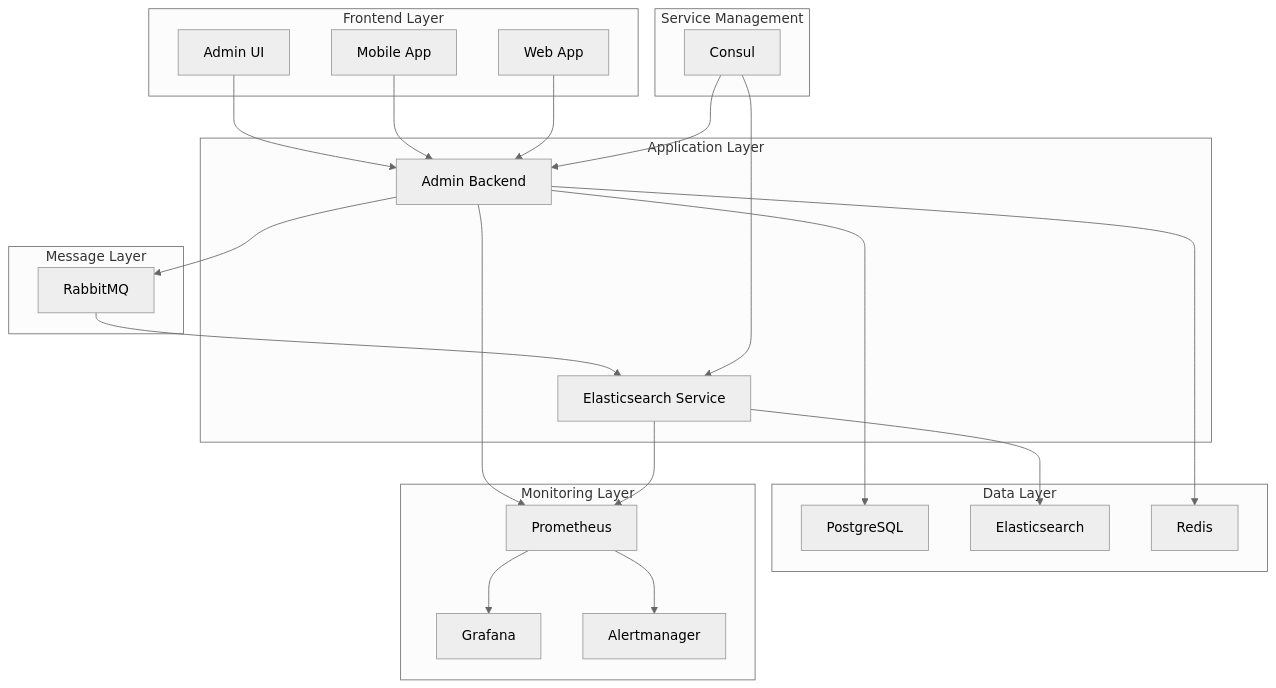
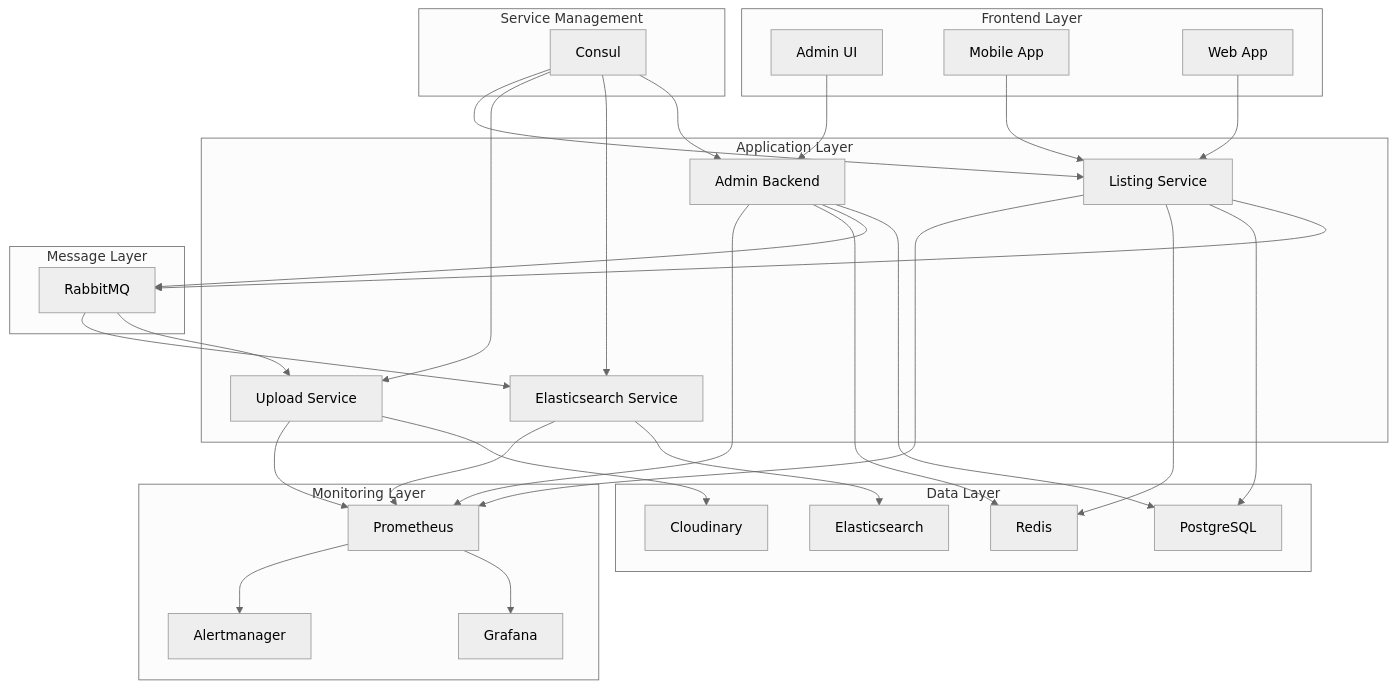
One commit to angache/benalsam-standalone changed the diagram in SYSTEM_ARCHITECTURE.md. Above: the diagram before and after it, drawn with Mermaid (neutral theme). The commit also changed other lines of this file and 67 other files, not shown here.

First line of the commit message:
feat: Add comprehensive documentation for Upload Service

````diff
--- a/SYSTEM_ARCHITECTURE.md
+++ b/SYSTEM_ARCHITECTURE.md
@@ -227,48 +230,60 @@
 ```mermaid
 graph TB
     subgraph "Frontend Layer"
         A[Admin UI]
         B[Mobile App]
         C[Web App]
     end
     
     subgraph "Application Layer"
         D[Admin Backend]
         E[Elasticsearch Service]
+        F[Upload Service]
+        G[Listing Service]
     end
     
     subgraph "Data Layer"
-        F[PostgreSQL]
-        G[Elasticsearch]
-        H[Redis]
+        H[PostgreSQL]
+        I[Elasticsearch]
+        J[Redis]
+        K[Cloudinary]
     end
     
     subgraph "Message Layer"
-        I[RabbitMQ]
+        L[RabbitMQ]
     end
     
     subgraph "Monitoring Layer"
-        J[Prometheus]
-        K[Grafana]
-        L[Alertmanager]
+        M[Prometheus]
+        N[Grafana]
+        O[Alertmanager]
     end
     
     subgraph "Service Management"
-        M[Consul]
+        P[Consul]
     end
     
     A --> D
-    B --> D
-    C --> D
-    D --> F
-    D --> I
-    I --> E
-    E --> G
+    B --> G
+    C --> G
+    G --> L
+    L --> F
+    L --> E
     D --> H
+    D --> L
+    E --> I
+    F --> K
+    G --> H
+    G --> J
     D --> J
-    E --> J
-    J --> K
-    J --> L
-    M --> D
-    M --> E
+    D --> M
+    E --> M
+    F --> M
+    G --> M
+    M --> N
+    M --> O
+    P --> D
+    P --> E
+    P --> F
+    P --> G
 ```
````
